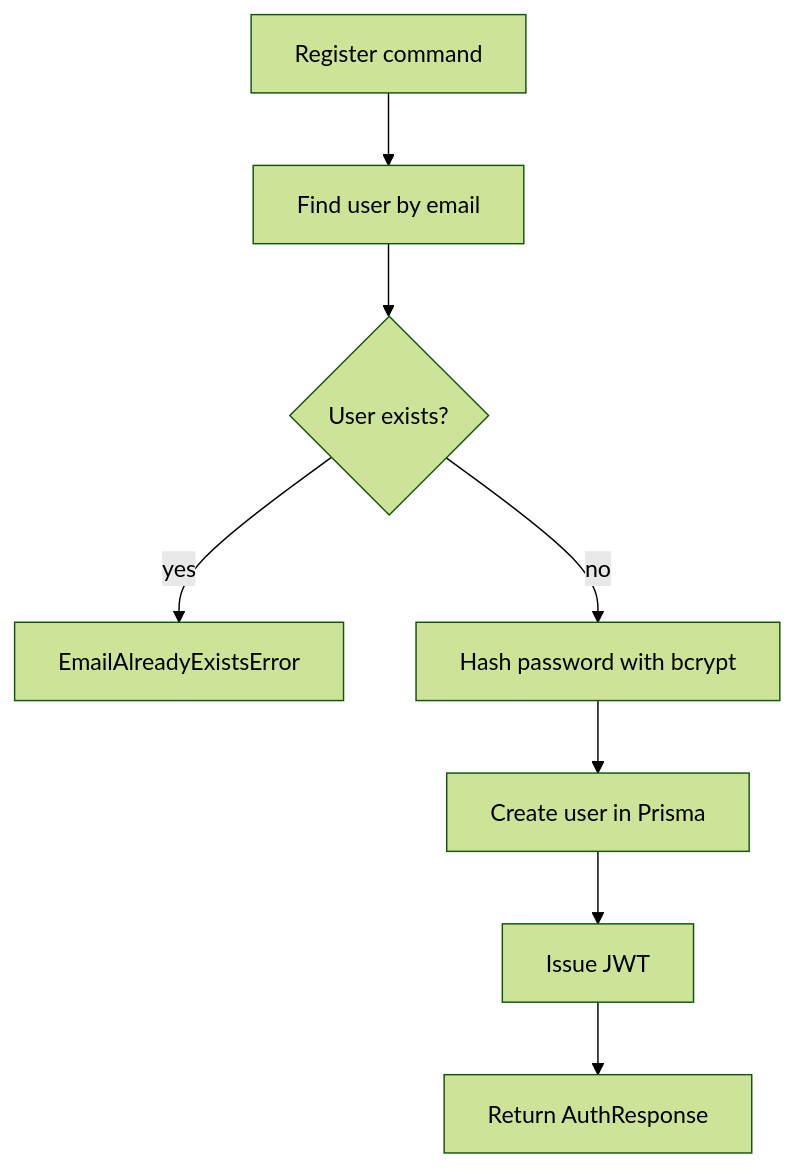
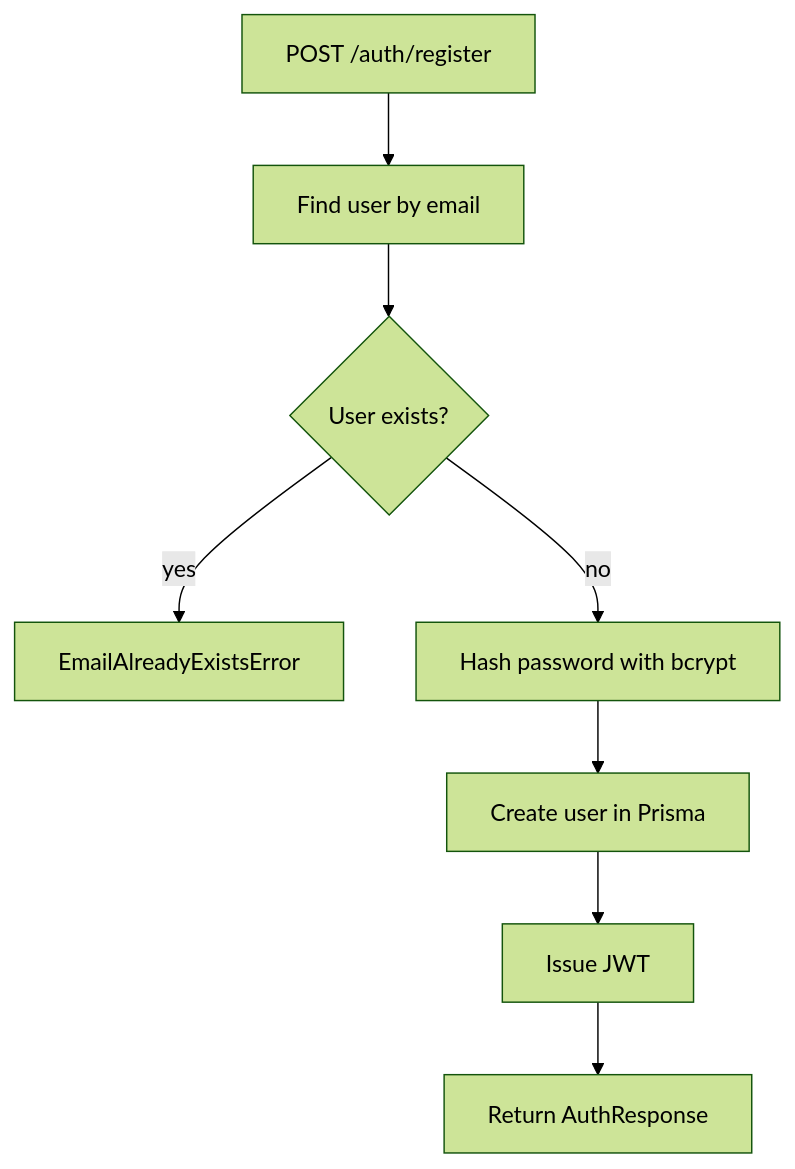
Before and after one commit to Davids89/mysubs: the fourth of 6 diagrams in docs/auth-flow.md, drawn with Mermaid (forest theme). The commit also changed other lines of this file and 7 other files, not shown here.

First line of the commit message:
[DESIGN-001.6] Make CLAUDE.md the single agent guide and document the architecture

````diff
--- a/docs/auth-flow.md
+++ b/docs/auth-flow.md
@@ -142,10 +140,10 @@
 ```mermaid
 flowchart TD
-  Register["Register command"] --> CheckEmail["Find user by email"]
+  Register["POST /auth/register"] --> CheckEmail["Find user by email"]
   CheckEmail --> Exists{"User exists?"}
   Exists -- yes --> EmailError["EmailAlreadyExistsError"]
   Exists -- no --> Hash["Hash password with bcrypt"]
   Hash --> CreateUser["Create user in Prisma"]
   CreateUser --> IssueToken["Issue JWT"]
   IssueToken --> Response["Return AuthResponse"]
 ```
````
